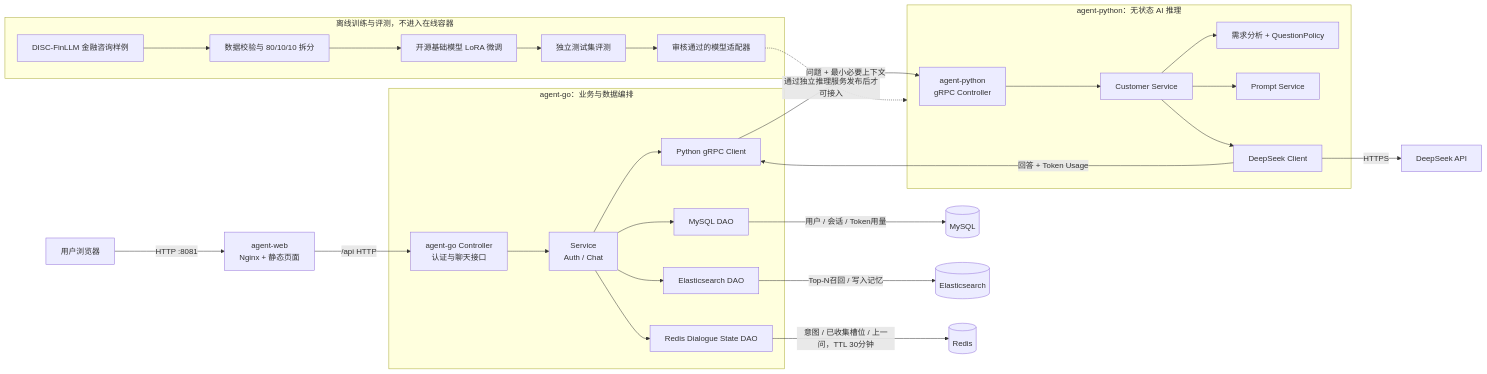
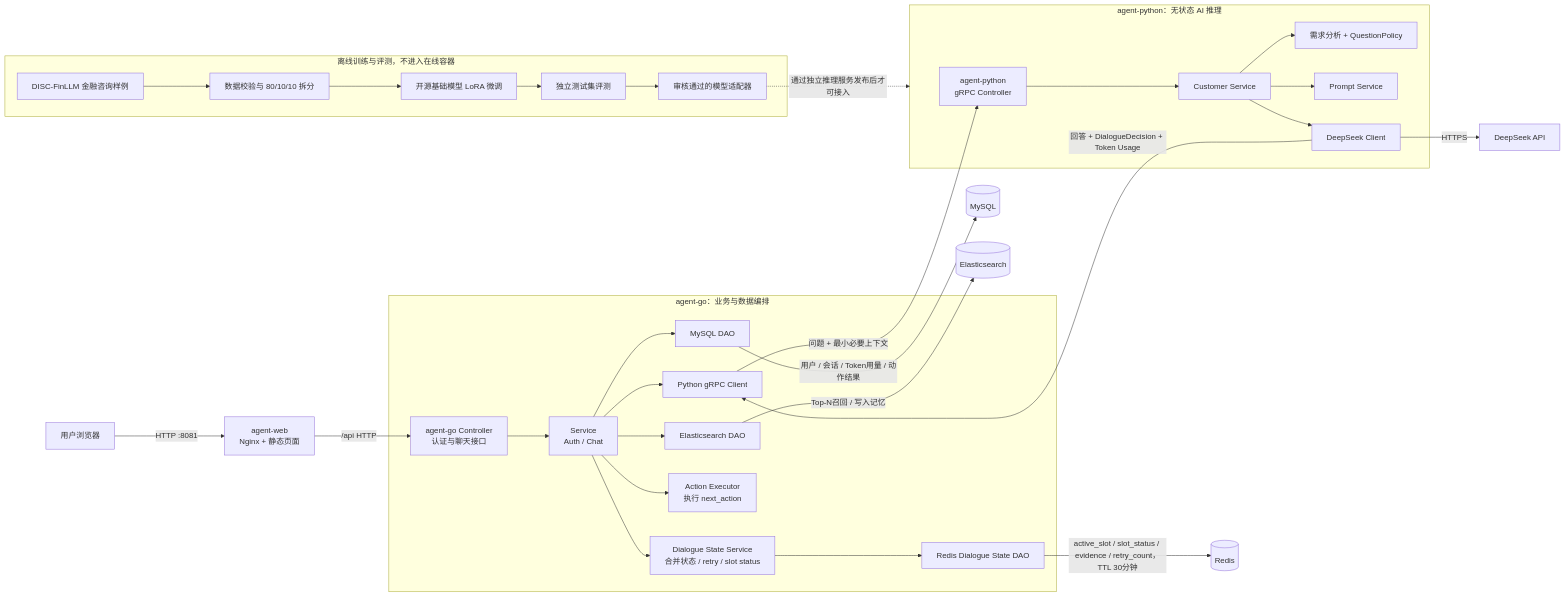
Before and after one commit to fantasyyou/Agent: the diagram in ARCHITECTURE.md, drawn with Mermaid. The commit also changed other lines of this file and 31 other files, not shown here.

````diff
--- a/ARCHITECTURE.md
+++ b/ARCHITECTURE.md
@@ -3,36 +3,38 @@
 ```mermaid
 flowchart LR
     User[用户浏览器] -->|HTTP :8081| Web[agent-web<br/>Nginx + 静态页面]
     Web -->|/api HTTP| Controller[agent-go Controller<br/>认证与聊天接口]
 
     subgraph GoService[agent-go：业务与数据编排]
         Controller --> Services[Service<br/>Auth / Chat]
         Services --> MySQLDAO[MySQL DAO]
         Services --> ESDAO[Elasticsearch DAO]
-        Services --> RedisDAO[Redis Dialogue State DAO]
+        Services --> StateService[Dialogue State Service<br/>合并状态 / retry / slot status]
+        StateService --> RedisDAO[Redis Dialogue State DAO]
+        Services --> ActionExecutor[Action Executor<br/>执行 next_action]
         Services --> GRPCClient[Python gRPC Client]
     end
 
-    MySQLDAO -->|用户 / 会话 / Token用量| MySQL[(MySQL)]
+    MySQLDAO -->|用户 / 会话 / Token用量 / 动作结果| MySQL[(MySQL)]
     ESDAO -->|Top-N召回 / 写入记忆| ES[(Elasticsearch)]
-    RedisDAO -->|意图 / 已收集槽位 / 上一问，TTL 30分钟| Redis[(Redis)]
+    RedisDAO -->|active_slot / slot_status / evidence / retry_count，TTL 30分钟| Redis[(Redis)]
 
     GRPCClient -->|问题 + 最小必要上下文| PyController[agent-python<br/>gRPC Controller]
     subgraph PythonService[agent-python：无状态 AI 推理]
         PyController --> CustomerService[Customer Service]
         CustomerService --> Requirement[需求分析 + QuestionPolicy]
         CustomerService --> PromptService[Prompt Service]
         CustomerService --> ModelClient[DeepSeek Client]
     end
     ModelClient -->|HTTPS| DeepSeek[DeepSeek API]
-    ModelClient -->|回答 + Token Usage| GRPCClient
+    ModelClient -->|回答 + DialogueDecision + Token Usage| GRPCClient
 
     subgraph Offline[离线训练与评测，不进入在线容器]
         DISC[DISC-FinLLM 金融咨询样例] --> Prepare[数据校验与 80/10/10 拆分]
         Prepare --> LoRA[开源基础模型 LoRA 微调]
         LoRA --> Eval[独立测试集评测]
         Eval --> Artifact[审核通过的模型适配器]
     end
 
     Artifact -.通过独立推理服务发布后才可接入.-> PythonService
 ```
````
